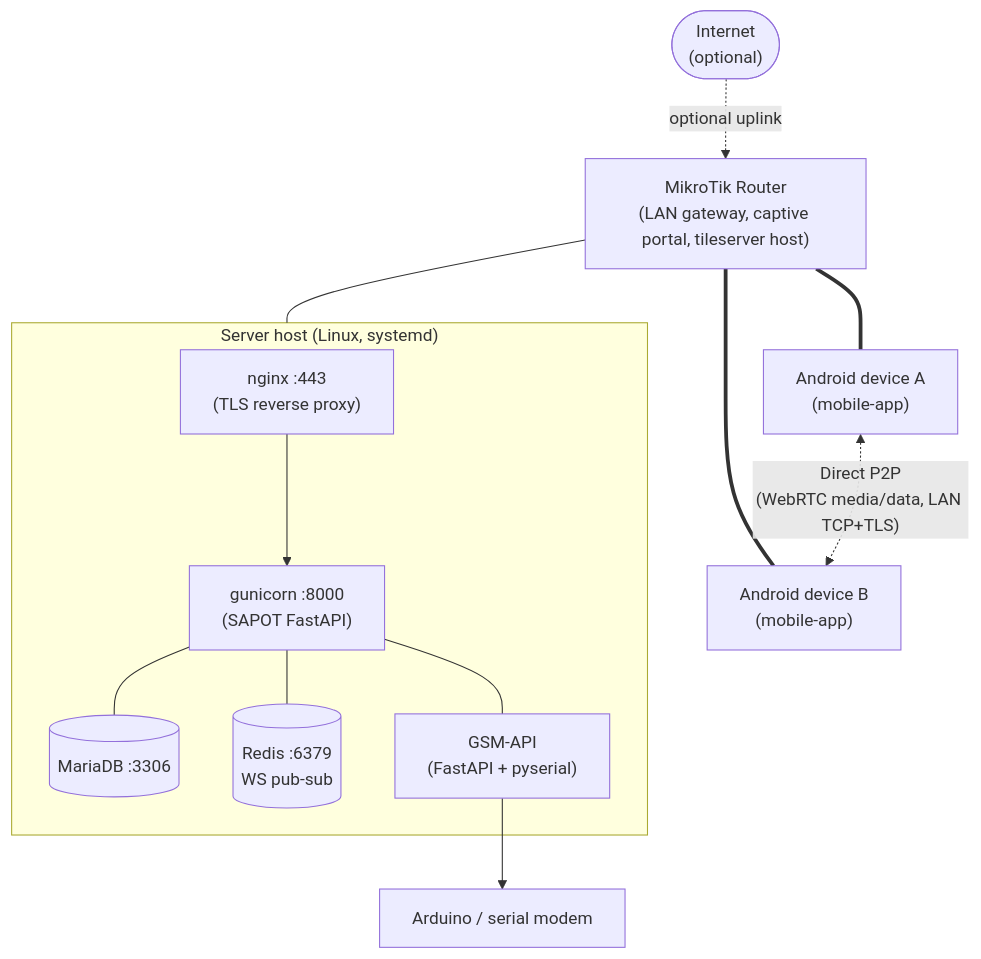
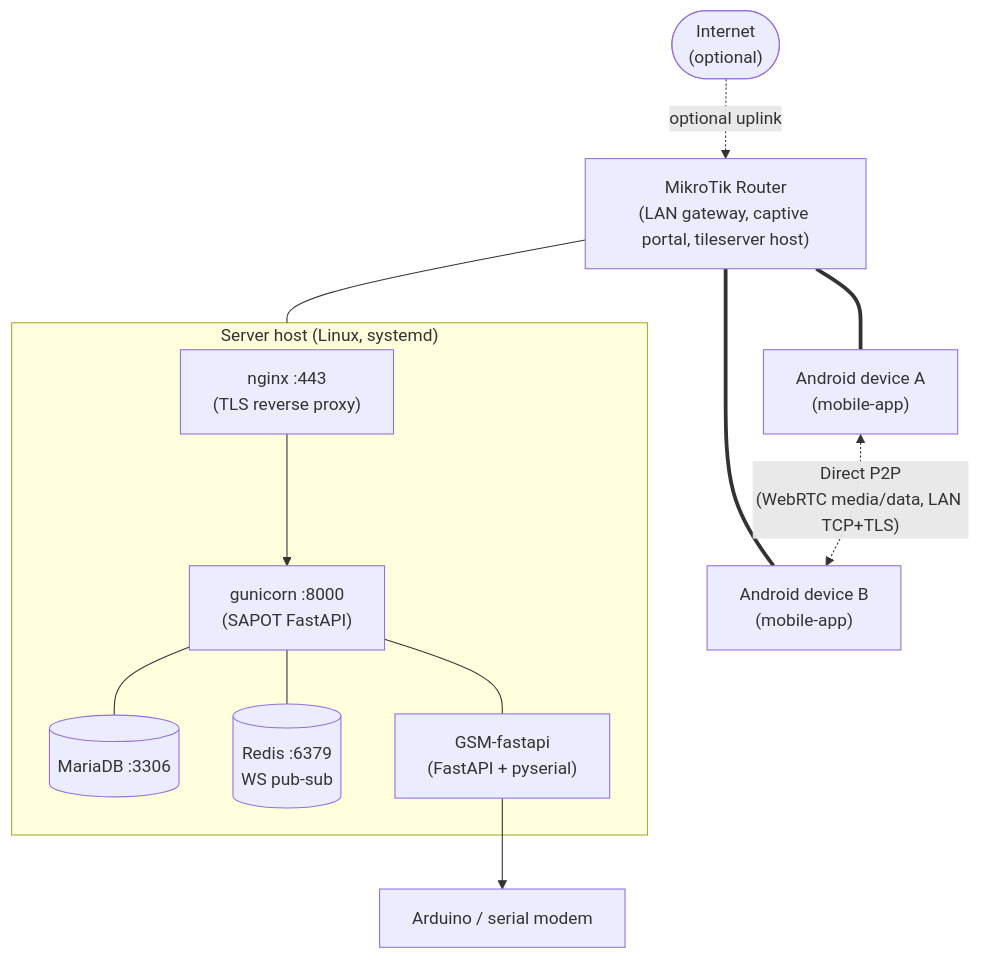
One commit to SAPOT-System/YLP-software changed the diagram in docs/architecture/component-map.md. Above: the diagram before and after it, drawn with Mermaid. The commit also changed other lines of this file and 34 other files, not shown here.

````diff
--- a/docs/architecture/component-map.md
+++ b/docs/architecture/component-map.md
@@ -30,28 +30,28 @@
 ```mermaid
 flowchart TB
     internet(["Internet\n(optional)"])
     router["MikroTik Router\n(LAN gateway, captive portal, tileserver host)"]
 
     subgraph host["Server host (Linux, systemd)"]
         nginx["nginx :443\n(TLS reverse proxy)"]
         api["gunicorn :8000\n(SAPOT FastAPI)"]
         db[("MariaDB :3306")]
         redis[("Redis :6379\nWS pub-sub")]
-        gsmapi["GSM-API\n(FastAPI + pyserial)"]
+        gsmapi["GSM-fastapi\n(FastAPI + pyserial)"]
     end
 
     arduino["Arduino / serial modem"]
     phoneA["Android device A\n(mobile-app)"]
     phoneB["Android device B\n(mobile-app)"]
 
     internet -.optional uplink.-> router
     router --- host
     nginx --> api
     api --- db
     api --- redis
     api --- gsmapi
     gsmapi --> arduino
     router === phoneA
     router === phoneB
     phoneA <-."Direct P2P\n(WebRTC media/data, LAN TCP+TLS)".-> phoneB
 ```
````
